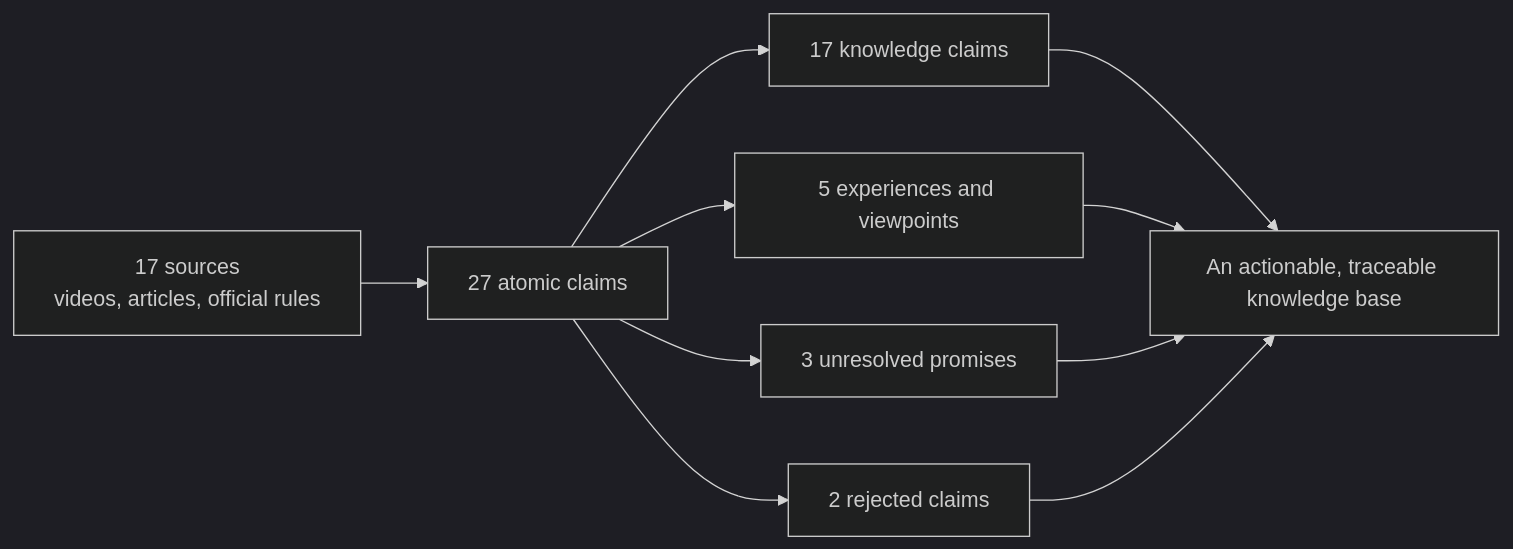
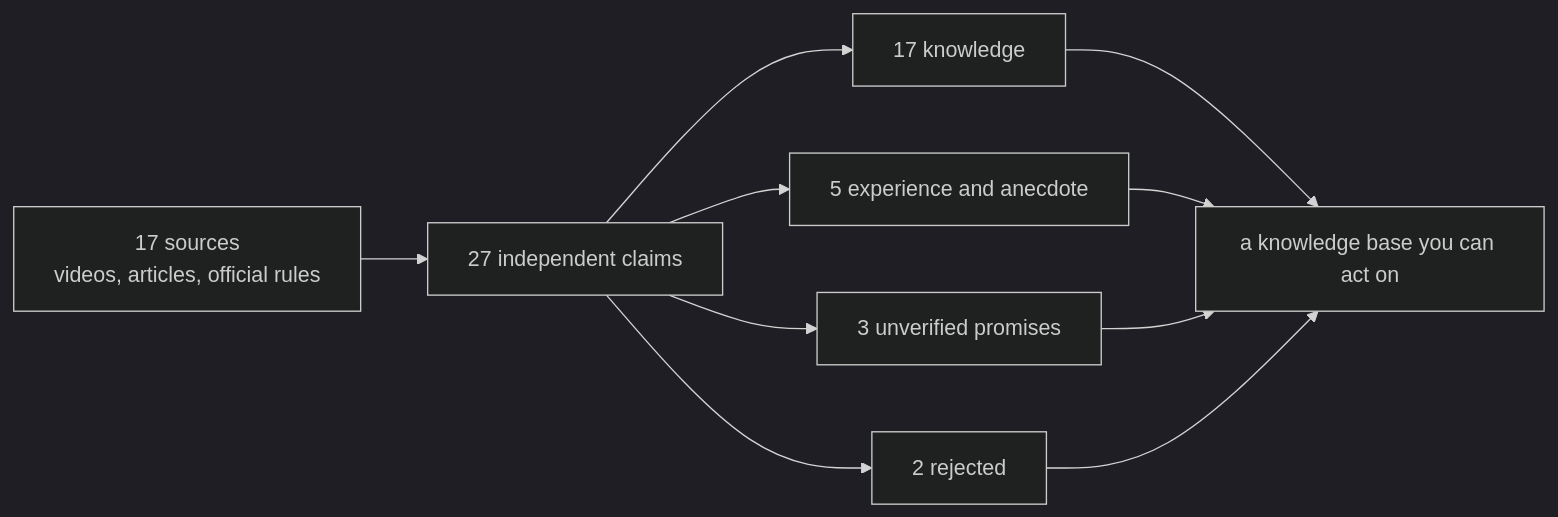
Before and after one commit to nhppyqys/knowsift: the diagram in README.en.md, drawn with Mermaid (dark theme). The commit also changed other lines of this file and 1 other file, not shown here.

First line of the commit message:
Rewrite both READMEs around what readers can do with it

````diff
--- a/README.en.md
+++ b/README.en.md
@@ -48,12 +134,12 @@
 ```mermaid
 flowchart LR
-    A[17 sources<br/>videos, articles, official rules] --> B[27 atomic claims]
-    B --> C[17 knowledge claims]
-    B --> D[5 experiences and viewpoints]
-    B --> E[3 unresolved promises]
-    B --> F[2 rejected claims]
-    C --> G[An actionable, traceable knowledge base]
+    A[17 sources<br/>videos, articles, official rules] --> B[27 independent claims]
+    B --> C[17 knowledge]
+    B --> D[5 experience and anecdote]
+    B --> E[3 unverified promises]
+    B --> F[2 rejected]
+    C --> G[a knowledge base you can act on]
     D --> G
     E --> G
     F --> G
 ```
````
